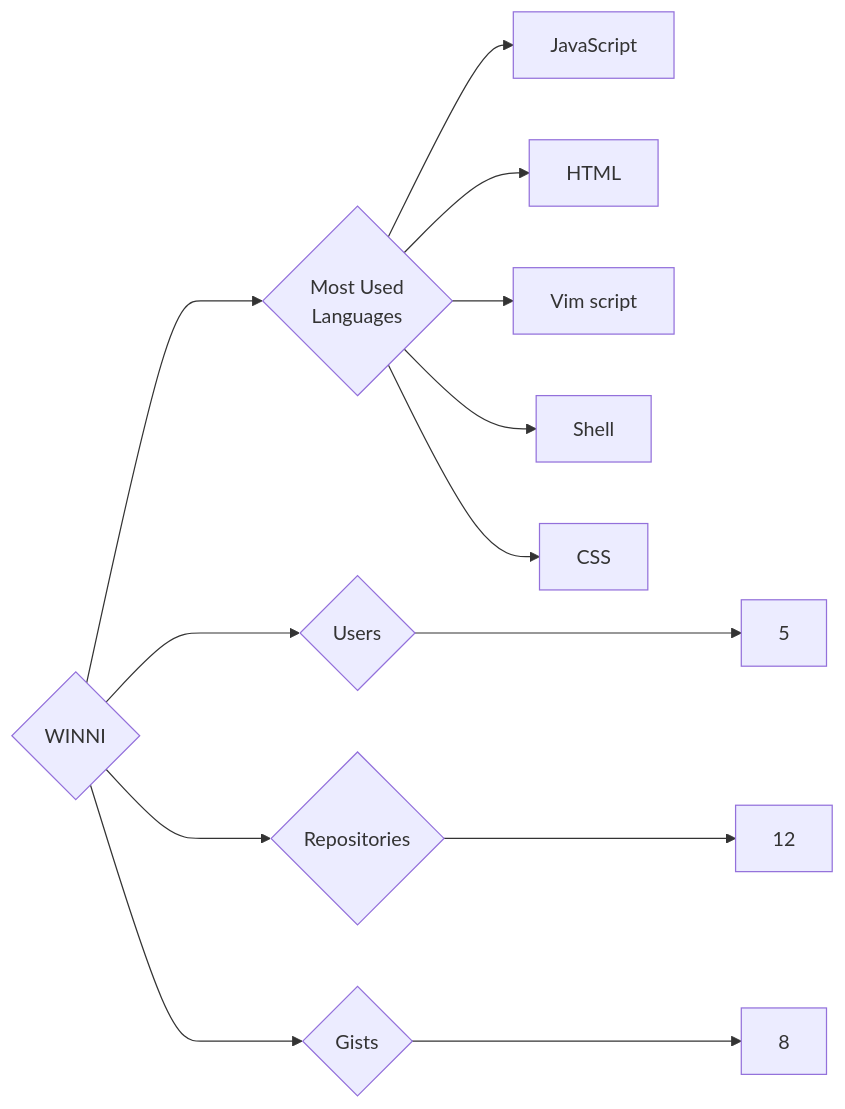
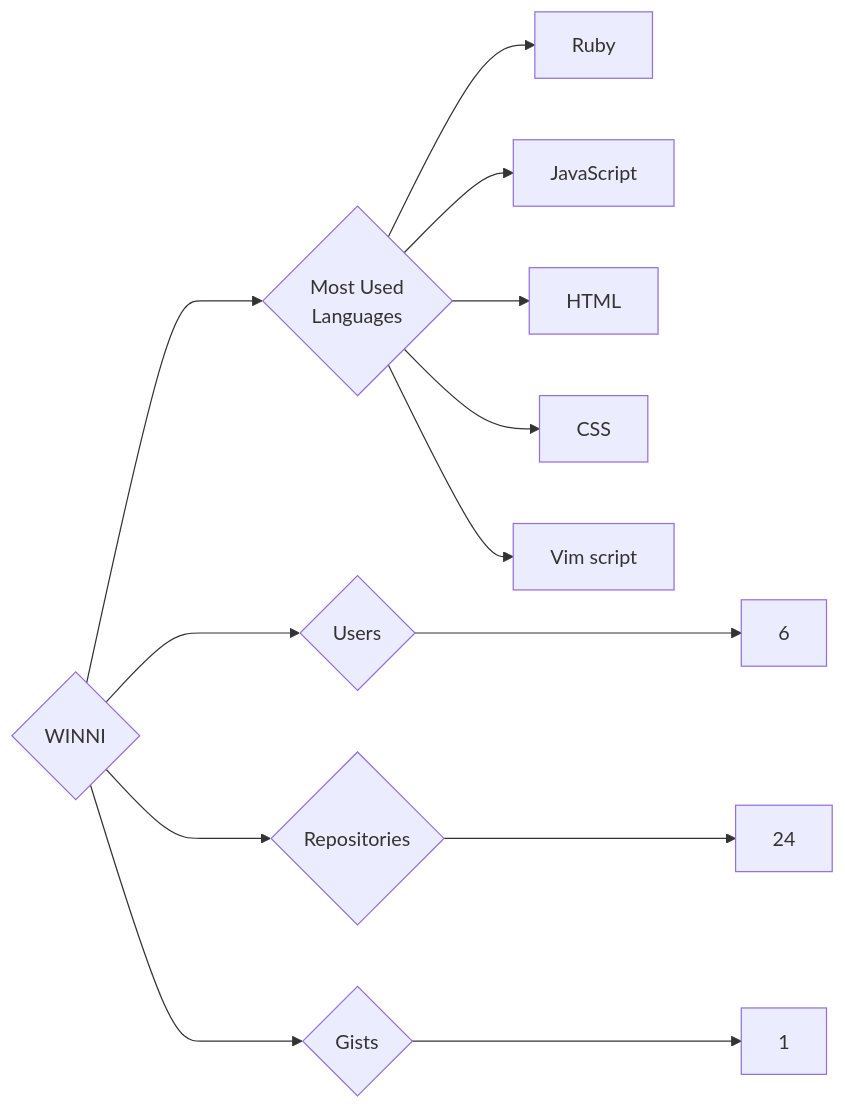
Before and after one commit to trickest/insiders: the diagram in targets/WINNI/README.md, drawn with Mermaid. The commit also changed 1011 other files, not shown here.

````diff
--- a/targets/WINNI/README.md
+++ b/targets/WINNI/README.md
@@ -3,13 +3,13 @@
 ```mermaid
 graph LR
 COMPANY_NAME{WINNI}
-COMPANY_NAME ---> U{Users} ---> UN[5]
-COMPANY_NAME ---> R{Repositories} ---> RN[12]
-COMPANY_NAME ---> G{Gists} ---> GN[8]
+COMPANY_NAME ---> U{Users} ---> UN[6]
+COMPANY_NAME ---> R{Repositories} ---> RN[24]
+COMPANY_NAME ---> G{Gists} ---> GN[1]
 COMPANY_NAME ---> ML{Most Used<br>Languages}
+ML --> Ruby[Ruby]
 ML --> JavaScript[JavaScript]
 ML --> HTML[HTML]
+ML --> CSS[CSS]
 ML --> Vim_script[Vim script]
-ML --> Shell[Shell]
-ML --> CSS[CSS]
 ```
````
